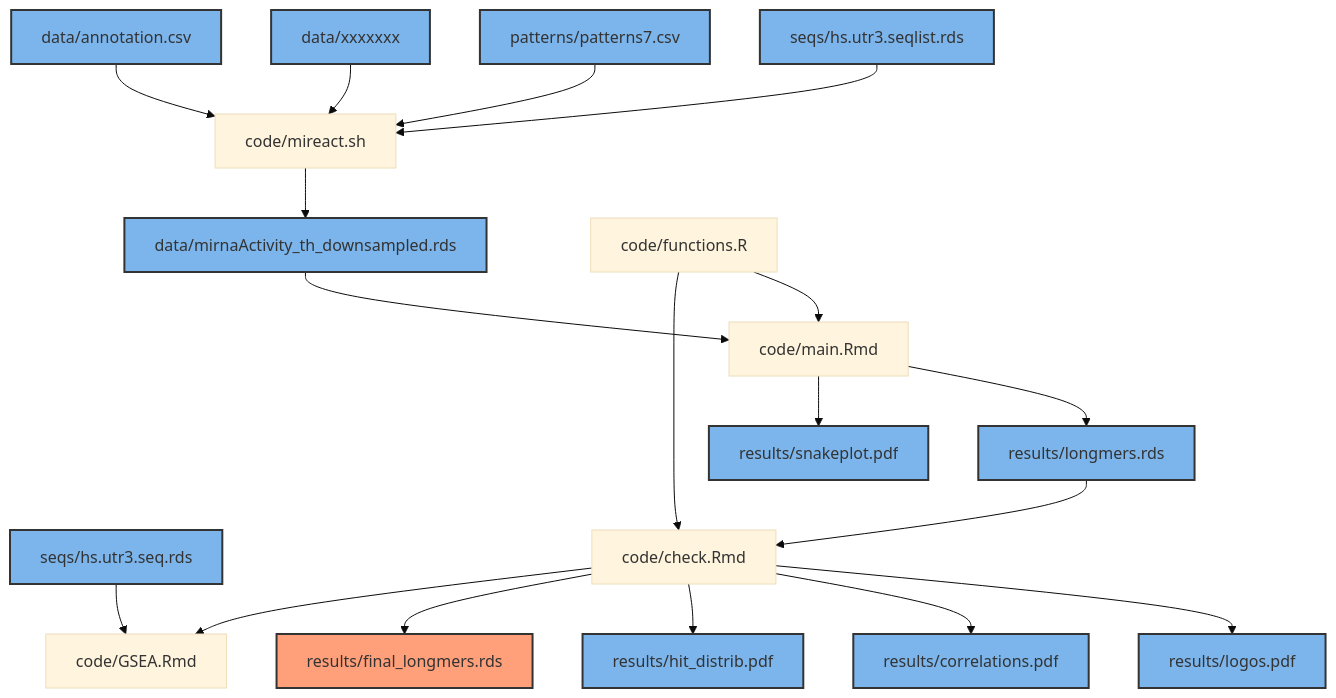
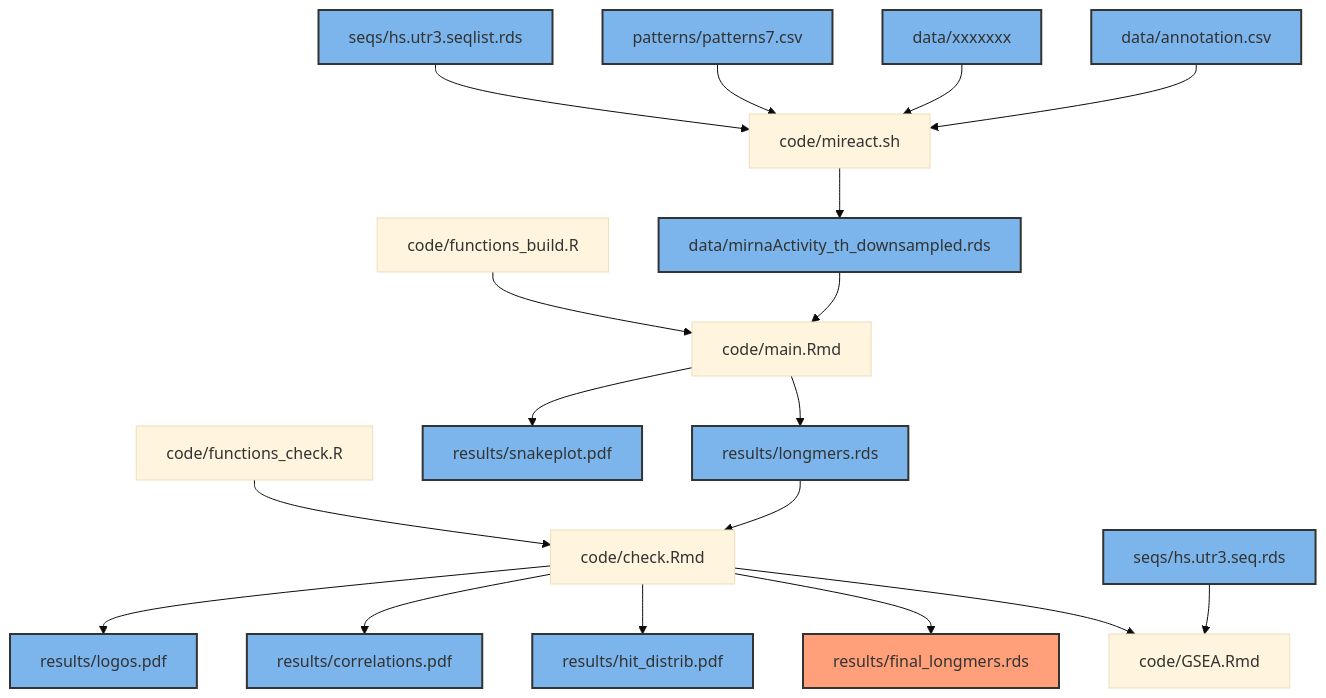
Before and after one commit to PaulaRodrigoMartin/SMLB: the diagram in README.md, drawn with Mermaid (base theme).

````diff
--- a/README.md
+++ b/README.md
@@ -1,54 +1,55 @@
 ```mermaid
 graph TD;
     seqlist[seqs/hs.utr3.seqlist.rds]
     seqs[seqs/hs.utr3.seq.rds]
     mireact_input[data/xxxxxxx]
     miReact_output[data/mirnaActivity_th_downsampled.rds]
     7mers[patterns/patterns7.csv]
     annotation[data/annotation.csv]
     miReact[code/mireact.sh]
-    functions[code/functions.R]
+    functions[code/functions_build.R]
+    functionsc[code/functions_check.R]
     main_notebook[code/main.Rmd]
     check_notebook[code/check.Rmd]
     GSEA[code/GSEA.Rmd]
     logos[results/logos.pdf]
     corrm[results/correlations.pdf]
     distrib[results/hit_distrib.pdf]
     snakeplot[results/snakeplot.pdf]
     longmers[results/longmers.rds]
     finallongmers[results/final_longmers.rds]
     
 
     style seqlist fill:#7cb5ec,stroke:#333,stroke-width:2px;
     style miReact_output fill:#7cb5ec,stroke:#333,stroke-width:2px;
     style 7mers fill:#7cb5ec,stroke:#333,stroke-width:2px;
     style mireact_input fill:#7cb5ec,stroke:#333,stroke-width:2px;
     style seqs fill:#7cb5ec,stroke:#333,stroke-width:2px;
     style annotation fill:#7cb5ec,stroke:#333,stroke-width:2px;
     style logos fill:#7cb5ec,stroke:#333,stroke-width:2px;
     style corrm fill:#7cb5ec,stroke:#333,stroke-width:2px;
     style distrib fill:#7cb5ec,stroke:#333,stroke-width:2px;
     style snakeplot fill:#7cb5ec,stroke:#333,stroke-width:2px;
     style longmers fill:#7cb5ec,stroke:#333,stroke-width:2px;
     style finallongmers fill:#FFA07A,stroke:#333,stroke-width:2px;
 
 
     seqlist-->miReact
     7mers-->miReact
     mireact_input-->miReact
     annotation-->miReact
     miReact-->miReact_output
     functions-->main_notebook
-    functions-->check_notebook
+    functionsc-->check_notebook
     main_notebook-->longmers
     longmers-->check_notebook
     check_notebook-->logos
     check_notebook-->corrm
     check_notebook-->distrib
     check_notebook-->finallongmers
     check_notebook-->GSEA
     seqs-->GSEA
     main_notebook--> snakeplot
     miReact_output-->main_notebook
 
 ```
````
